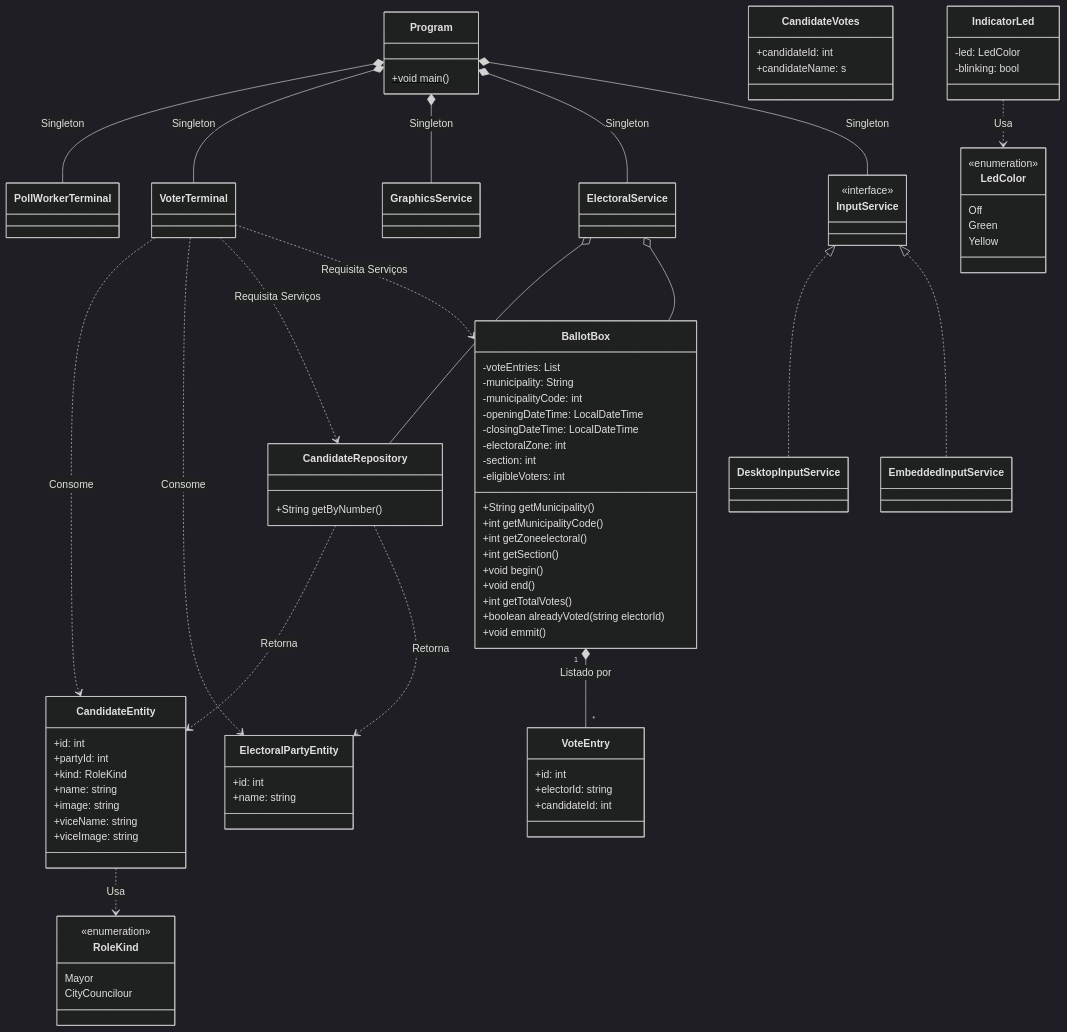
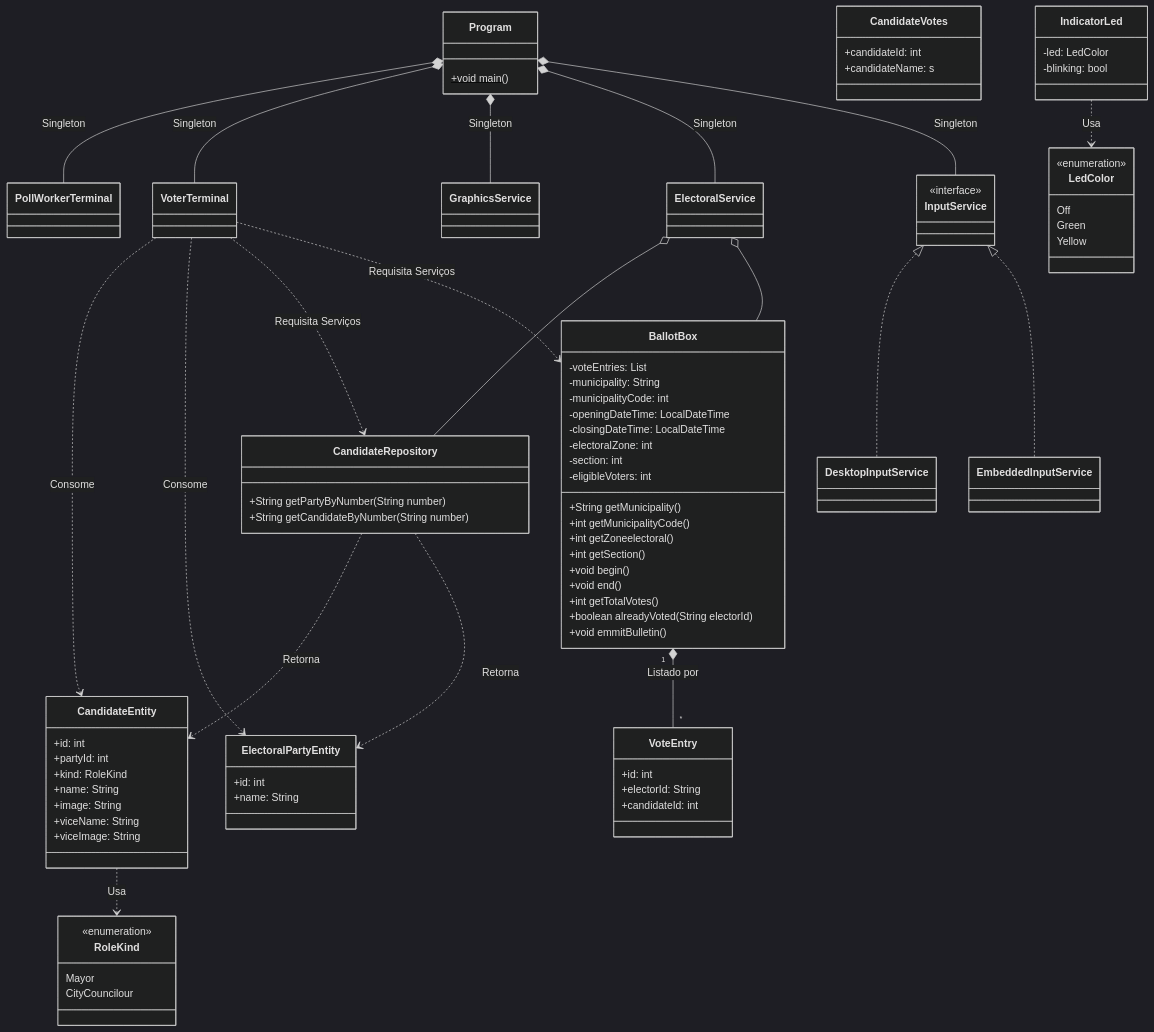
One commit to Augusto-Caique/urna-eletronica changed the diagram in class-diagram.mermaid. Above: the diagram before and after it, drawn with Mermaid (dark theme).

Commit message:
mudanças menores

```diff
--- a/class-diagram.mermaid
+++ b/class-diagram.mermaid
@@ -1,137 +1,137 @@
 classDiagram
 
 class Program {
     +void main()$
 }
 
 class GraphicsService {
     
 }
 
 class ElectoralService {
 
 }
 
 class InputService <<interface>> {
 
 }
 
 class DesktopInputService {
     %%Raspberry Pi
 }
 
 class EmbeddedInputService {
 
 }
 
 class CandidateRepository {
-    
-    +String getByNumber ()
+    +String getPartyByNumber(String number)
+    +String getCandidateByNumber(String number)
 }
 
 class CandidateEntity {
     %% TODO ver com nirton o encapsulamento das
     %% entidades do DB no java
     +id: int
     +partyId: int
     +kind: RoleKind
-    +name: string
-    +image: string
-    +viceName: string
-    +viceImage: string
+    +name: String
+    +image: String
+    +viceName: String
+    +viceImage: String
 }
 
 class ElectoralPartyEntity {
     %% TODO ver com nirton o encapsulamento das
     %% entidades do DB no java
     +id: int
-    +name: string
+    +name: String
 }
 
 class VoteEntry {
     %% TODO ver com nirton o encapsulamento das
     %% entidades do DB no java
     +id: int
-    +electorId: string
+    +electorId: String
     +candidateId: int
 }
 
 class CandidateVotes {
     +candidateId: int
     +candidateName: s
 }
 
 class BallotBox {
     %% municipality -> 5 digits
     %% UE -> 8 digits
 
     -voteEntries: List<VoteEntry>
     -municipality: String
     -municipalityCode: int 
     -openingDateTime: LocalDateTime
     -closingDateTime: LocalDateTime
     -electoralZone: int
     -section: int
     -eligibleVoters: int
     
     +String getMunicipality()
     +int getMunicipalityCode()
     +int getZoneelectoral()
     +int getSection()
 
     +void begin()
     +void end()
 
     +int getTotalVotes()
-    +boolean alreadyVoted(string electorId)
+    +boolean alreadyVoted(String electorId)
 
-    +void emmit()
+    +void emmitBulletin()
 }
 
 class PollWorkerTerminal {
     
 }
 
 class VoterTerminal {
     
 }
 
 class IndicatorLed {
     -led: LedColor
     -blinking: bool
 }
 
 class RoleKind <<enumeration>> {
     Mayor
     CityCouncilour
 }
 
 class LedColor <<enumeration>> {
     Off
     Green
     Yellow
 }
 
 
 Program *-- PollWorkerTerminal : Singleton
 Program *-- VoterTerminal : Singleton
 Program *-- GraphicsService : Singleton
 Program *-- ElectoralService : Singleton
 Program *-- InputService : Singleton
 
 ElectoralService o-- CandidateRepository
 ElectoralService o-- BallotBox
 
 InputService <|.. DesktopInputService
 InputService <|.. EmbeddedInputService
 
 BallotBox "1" *-- "*" VoteEntry : Listado por
 CandidateRepository ..> CandidateEntity : Retorna
 CandidateRepository ..> ElectoralPartyEntity : Retorna
 VoterTerminal ..> CandidateEntity : Consome
 VoterTerminal ..> ElectoralPartyEntity : Consome
 VoterTerminal ..> CandidateRepository : Requisita Serviços
 VoterTerminal ..> BallotBox : Requisita Serviços
 
 CandidateEntity ..> RoleKind : Usa
 IndicatorLed ..> LedColor : Usa
```
